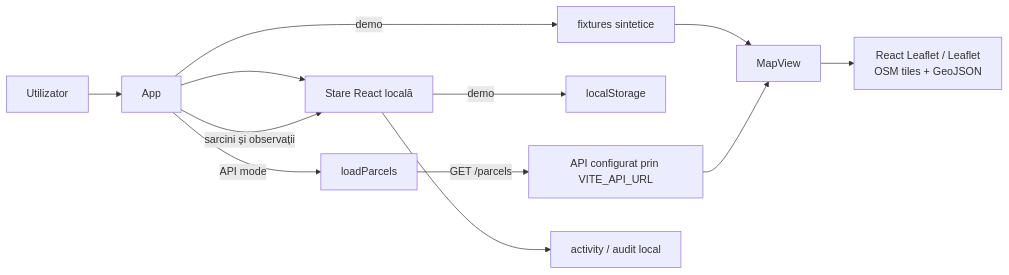
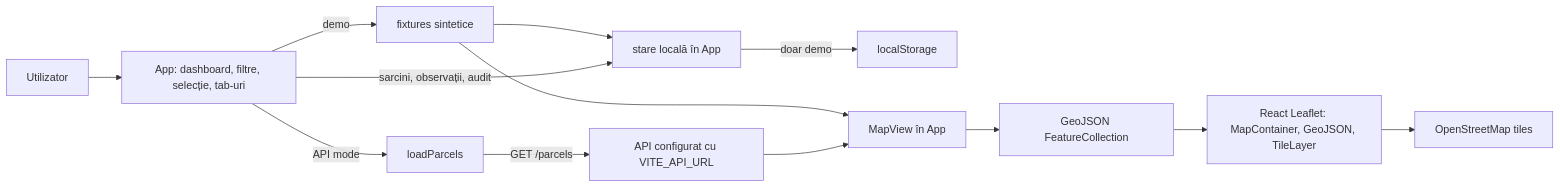
The diagram in docs/architecture.md (luciandanileico94-dev/farm-registry-web), drawn with Mermaid before and after one commit. The commit also changed other lines of this file and 2 other files, not shown here.

Commit message:
docs: align web evidence with current source

````diff
--- a/docs/architecture.md
+++ b/docs/architecture.md
@@ -7,14 +7,15 @@
 ```mermaid
 flowchart LR
-    U[Utilizator] --> A[App]
-    A --> S[Stare React locală]
+    U[Utilizator] --> A[App: dashboard, filtre, selecție, tab-uri]
     A -->|demo| F[fixtures sintetice]
-    S -->|demo| L[localStorage]
-    A -->|API mode| C[loadParcels]
-    C -->|GET /parcels| R[API configurat prin VITE_API_URL]
-    F --> M[MapView]
-    R --> M
-    M --> G[React Leaflet / Leaflet<br/>OSM tiles + GeoJSON]
-    A -->|sarcini și observații| S
-    S --> H[activity / audit local]
+    F --> L[stare locală în App]
+    L -->|doar demo| LS[localStorage]
+    A -->|API mode| P[loadParcels]
+    P -->|GET /parcels| API[API configurat cu VITE_API_URL]
+    F --> G[MapView în App]
+    API --> G
+    G --> J[GeoJSON FeatureCollection]
+    J --> M[React Leaflet: MapContainer, GeoJSON, TileLayer]
+    M --> O[OpenStreetMap tiles]
+    A -->|sarcini, observații, audit| L
 ```
````
